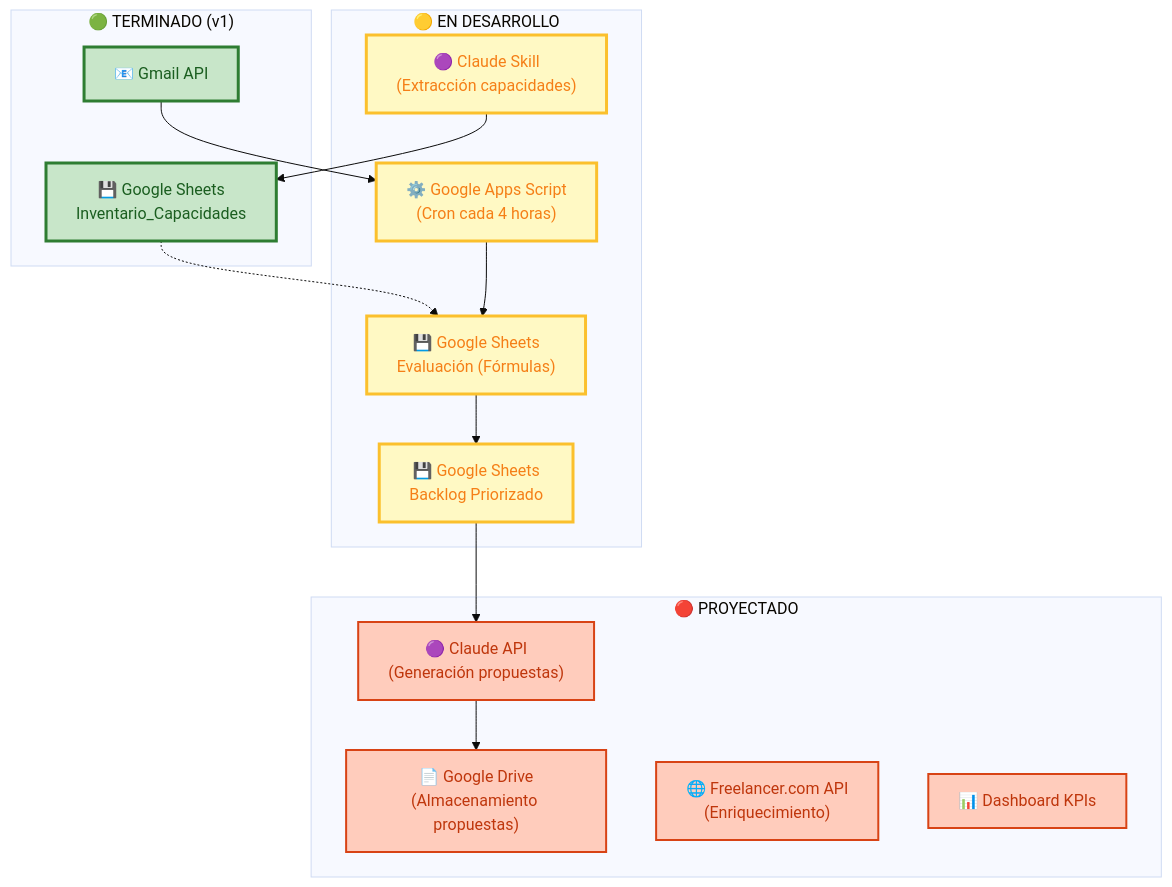
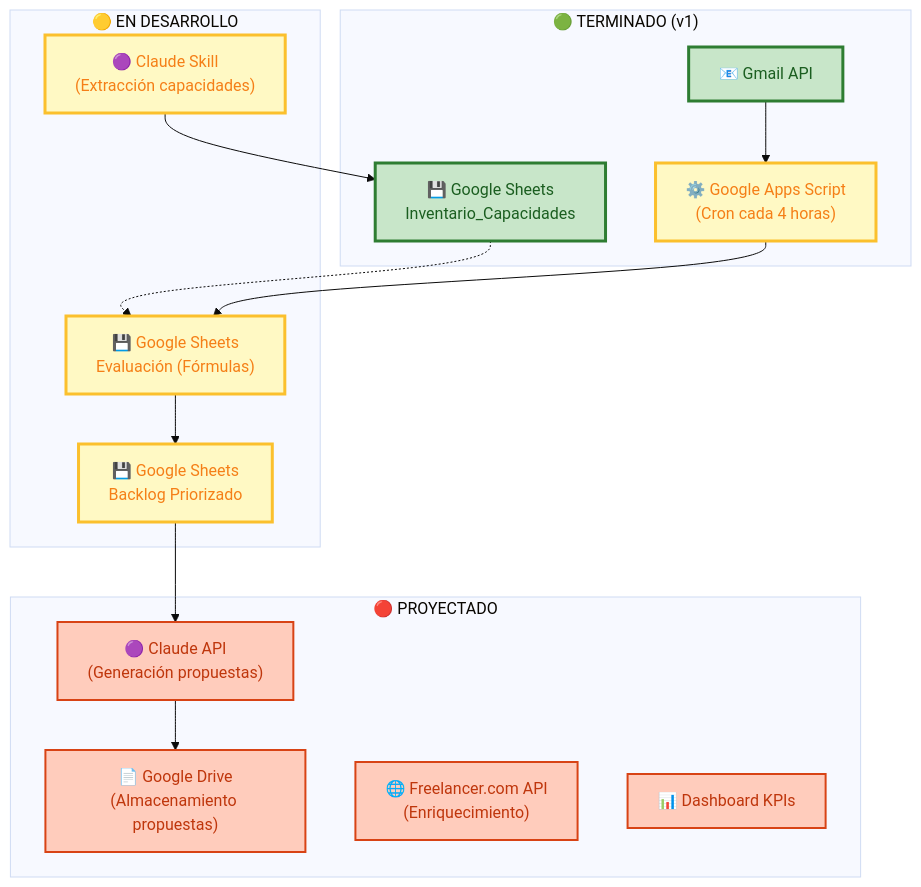
Before and after one commit to yadenispinero/Leads-auto: the second of 4 diagrams in docs/vistas/componentes_tecnologicos.md, drawn with Mermaid (base theme). The commit also changed other lines of this file, not shown here.

First line of the commit message:
Remove duplicate Google Apps Script entry

````diff
--- a/docs/vistas/componentes_tecnologicos.md
+++ b/docs/vistas/componentes_tecnologicos.md
@@ -114,37 +114,37 @@
 ```mermaid
 graph TB
     subgraph "🟢 TERMINADO (v1)"
         T1["📧 Gmail API"]
+        D1["⚙️ Google Apps Script<br/>(Cron cada 4 horas)"]
         T2["💾 Google Sheets<br/>Inventario_Capacidades"]
     end
 
     subgraph "🟡 EN DESARROLLO"
-        D1["⚙️ Google Apps Script<br/>(Cron cada 4 horas)"]
         D2["💾 Google Sheets<br/>Evaluación (Fórmulas)"]
         D3["💾 Google Sheets<br/>Backlog Priorizado"]
         D4["🟣 Claude Skill<br/>(Extracción capacidades)"]
     end
 
     subgraph "🔴 PROYECTADO"
         P1["🟣 Claude API<br/>(Generación propuestas)"]
         P2["📄 Google Drive<br/>(Almacenamiento propuestas)"]
         P3["🌐 Freelancer.com API<br/>(Enriquecimiento)"]
         P4["📊 Dashboard KPIs"]
     end
 
     T1 --> D1
     T2 -.-> D2
     D1 --> D2
     D2 --> D3
     D4 --> T2
     D3 --> P1
     P1 --> P2
 
     classDef terminado fill:#c8e6c9,stroke:#2e7d32,stroke-width:3px,color:#1b5e20
     classDef desarrollo fill:#fff9c4,stroke:#fbc02d,stroke-width:3px,color:#f57f17
     classDef proyectado fill:#ffccbc,stroke:#d84315,stroke-width:2px,color:#bf360c
 
     class T1,T2 terminado
     class D1,D2,D3,D4 desarrollo
     class P1,P2,P3,P4 proyectado
 ```
````
